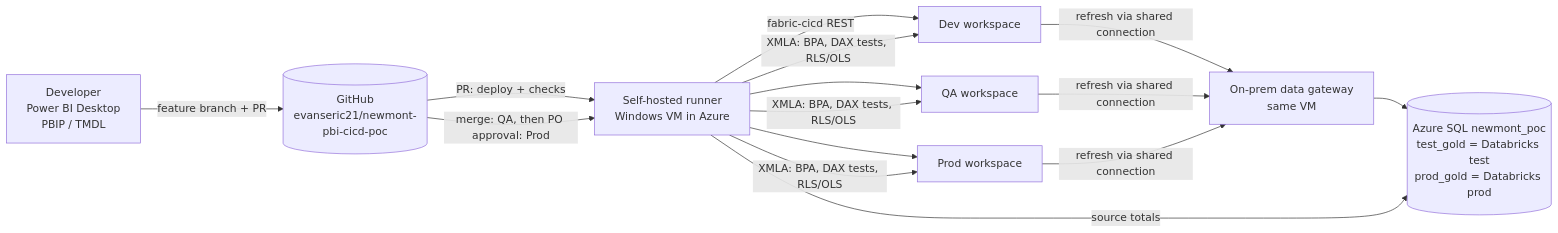
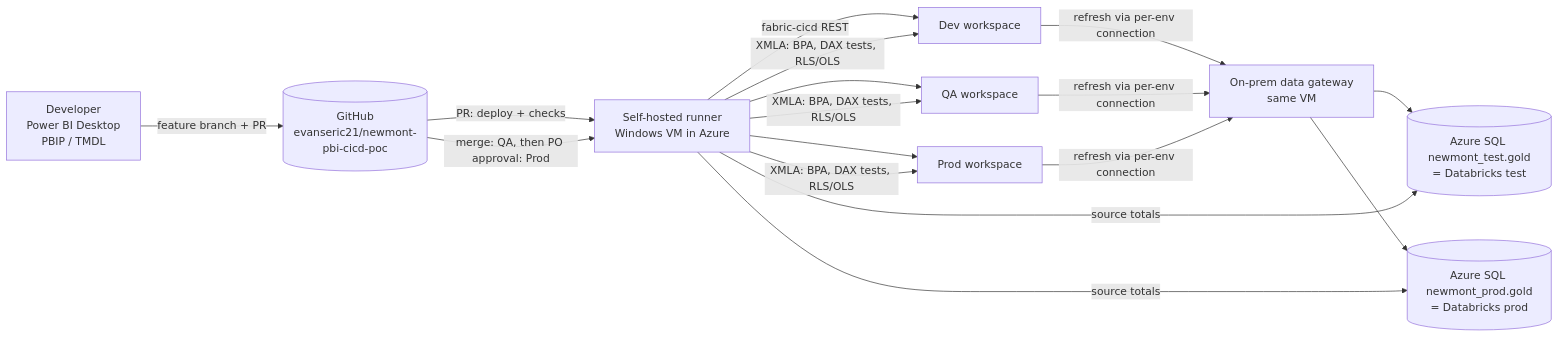
Before and after one commit to evanseric21/newmont-pbi-cicd-poc: the first of 2 diagrams in docs/POC-Plan.md, drawn with Mermaid. The commit also changed other lines of this file and 17 other files, not shown here.

First line of the commit message:
Use separate Dev/Prod Azure SQL databases for the simulated catalogs

````diff
--- a/docs/POC-Plan.md
+++ b/docs/POC-Plan.md
@@ -19,13 +19,14 @@
 ```mermaid
 flowchart LR
   Dev[Developer<br/>Power BI Desktop<br/>PBIP / TMDL] -->|feature branch + PR| GH[(GitHub<br/>evanseric21/newmont-pbi-cicd-poc)]
   GH -->|PR: deploy + checks| R[Self-hosted runner<br/>Windows VM in Azure]
   GH -->|merge: QA, then PO approval: Prod| R
   R -->|fabric-cicd REST| WD[Dev workspace]
   R --> WQ[QA workspace]
   R --> WP[Prod workspace]
   R -->|XMLA: BPA, DAX tests, RLS/OLS| WD & WQ & WP
-  WD & WQ & WP -->|refresh via shared connection| GW[On-prem data gateway<br/>same VM]
-  GW --> SQL[(Azure SQL newmont_poc<br/>test_gold = Databricks test<br/>prod_gold = Databricks prod)]
-  R -->|source totals| SQL
+  WD & WQ & WP -->|refresh via per-env connection| GW[On-prem data gateway<br/>same VM]
+  GW --> SQLT[(Azure SQL newmont_test.gold<br/>= Databricks test)]
+  GW --> SQLP[(Azure SQL newmont_prod.gold<br/>= Databricks prod)]
+  R -->|source totals| SQLT & SQLP
 ```
````
